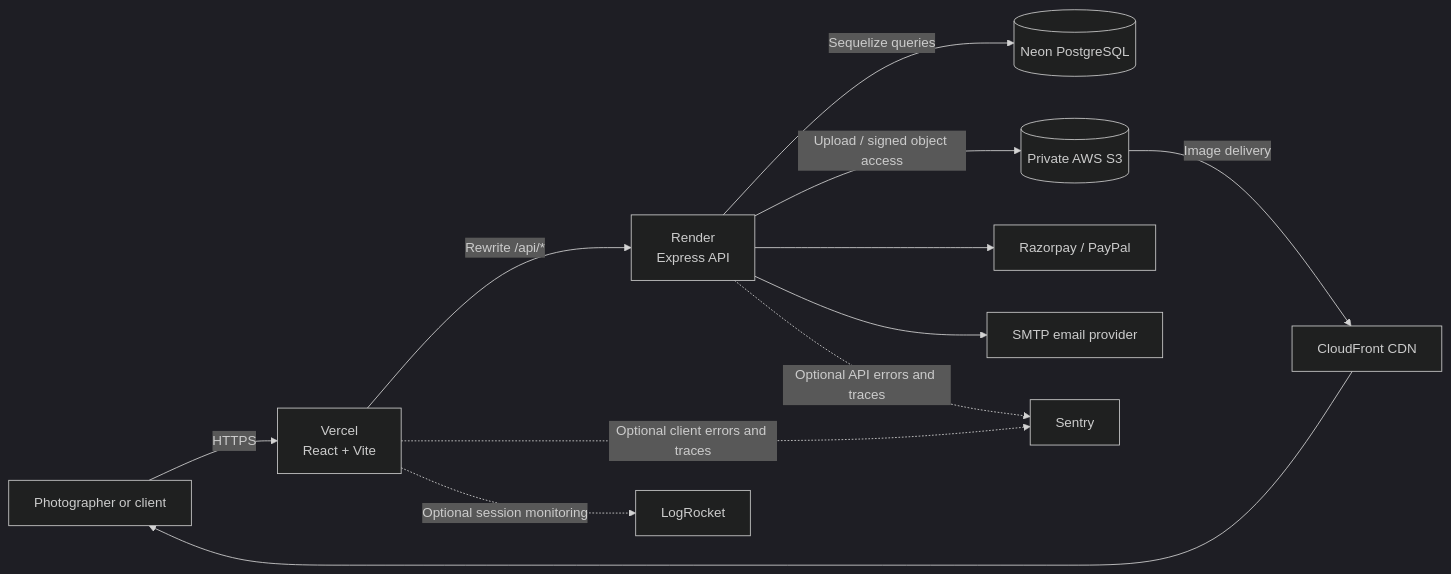
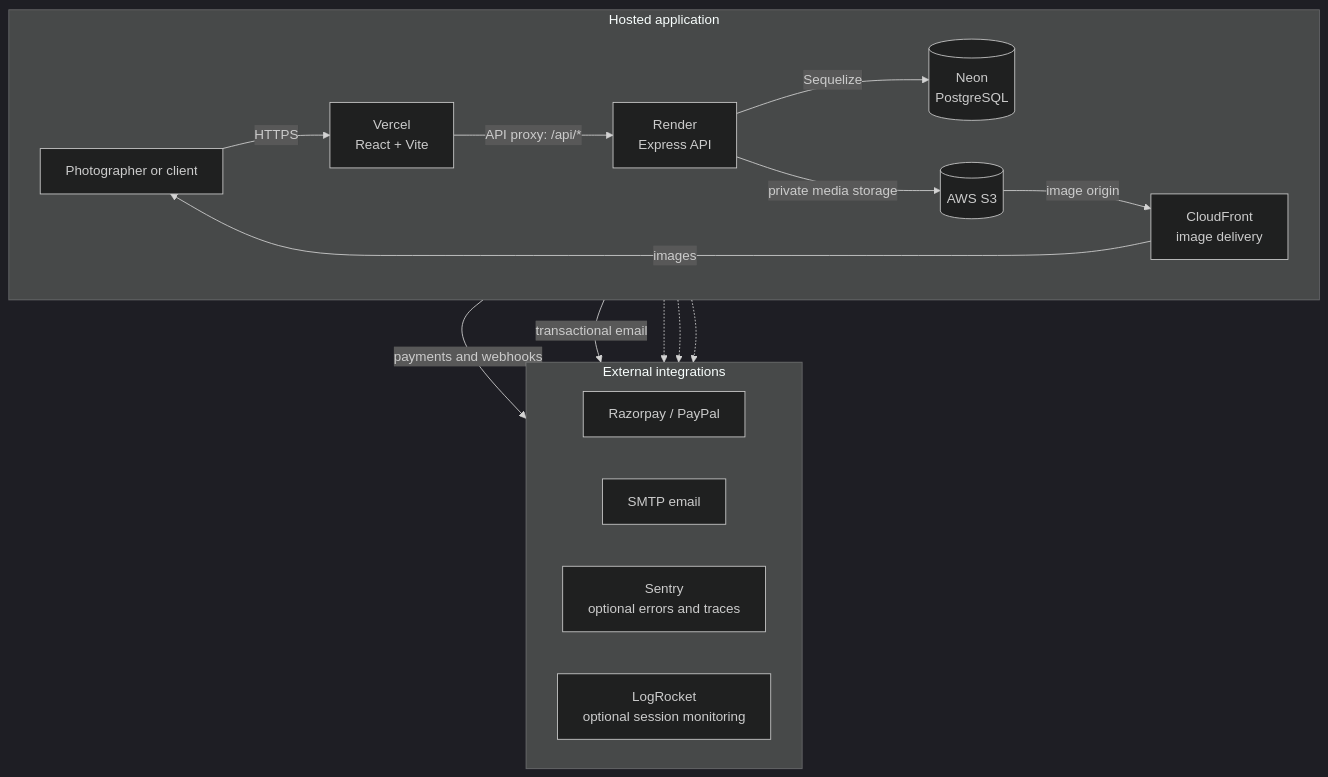
The diagram in docs/ARCHITECTURE.md (Deepparmar07/Epixbox), drawn with Mermaid (dark theme) before and after one commit. The commit also changed 2 other files, not shown here.

Commit message:
Refine Epixbox architecture diagrams
Make the README, architecture guide, and infrastructure diagram easier to scan and consistent, while distinguishing production traffic, integrations, delivery checks, and local workflows.

````diff
--- a/docs/ARCHITECTURE.md
+++ b/docs/ARCHITECTURE.md
@@ -9,14 +9,25 @@
 ```mermaid
-flowchart LR
-    Photographer["Photographer or client"] -->|"HTTPS"| Vercel["Vercel<br/>React + Vite"]
-    Vercel -->|"Rewrite /api/*"| Render["Render<br/>Express API"]
-    Render -->|"Sequelize queries"| Neon[("Neon PostgreSQL")]
-    Render -->|"Upload / signed object access"| S3[("Private AWS S3")]
-    S3 -->|"Image delivery"| CloudFront["CloudFront CDN"]
-    CloudFront --> Photographer
-    Render --> Payments["Razorpay / PayPal"]
-    Render --> SMTP["SMTP email provider"]
-    Vercel -.->|"Optional client errors and traces"| Sentry["Sentry"]
-    Render -.->|"Optional API errors and traces"| Sentry
-    Vercel -.->|"Optional session monitoring"| LogRocket["LogRocket"]
+flowchart TB
+    subgraph Runtime["Hosted application"]
+        direction LR
+        Visitor["Photographer or client"] -->|"HTTPS"| Web["Vercel<br/>React + Vite"]
+        Web -->|"API proxy: /api/*"| API["Render<br/>Express API"]
+        API -->|"Sequelize"| Database[("Neon<br/>PostgreSQL")]
+        API -->|"private media storage"| Storage[("AWS S3")]
+        Storage -->|"image origin"| CDN["CloudFront<br/>image delivery"]
+        CDN -->|"images"| Visitor
+    end
+
+    subgraph Integrations["External integrations"]
+        direction LR
+        Payments["Razorpay / PayPal"]
+        Email["SMTP email"]
+        Sentry["Sentry<br/>optional errors and traces"]
+        LogRocket["LogRocket<br/>optional session monitoring"]
+    end
+    API -->|"payments and webhooks"| Payments
+    API -->|"transactional email"| Email
+    Web -.-> Sentry
+    API -.-> Sentry
+    Web -.-> LogRocket
 ```
````
